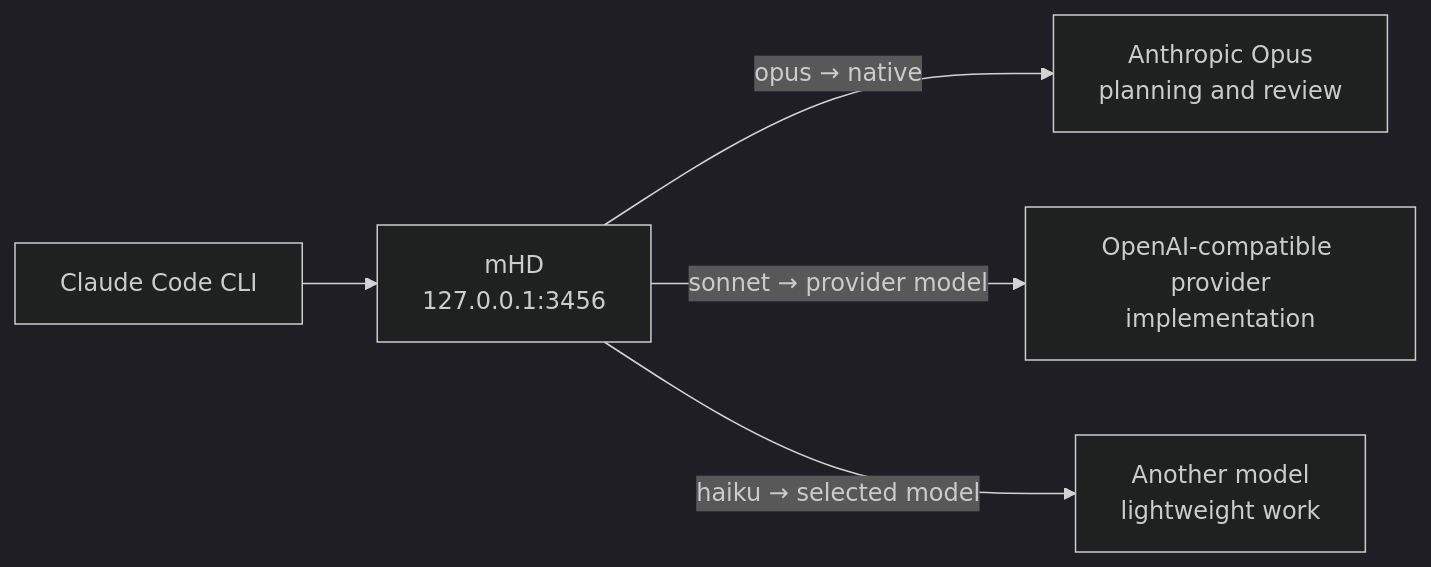
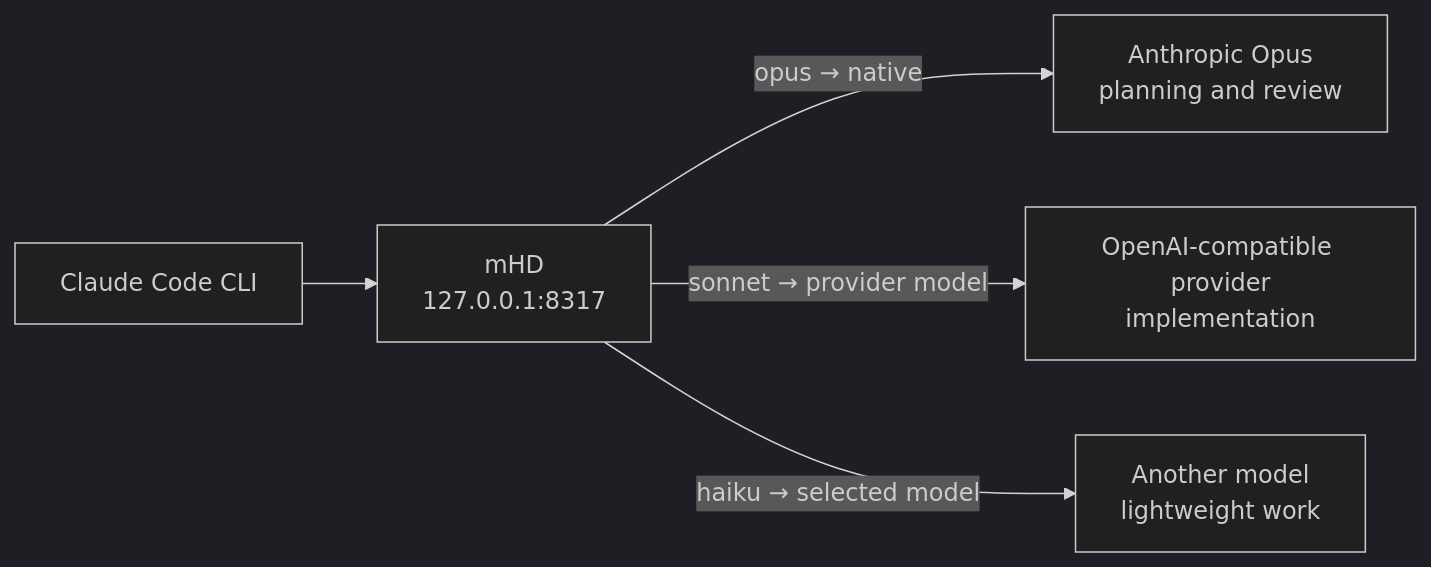
One commit to ArthurkaX/mhd changed the first of 2 diagrams in README.md. Above: the diagram before and after it, drawn with Mermaid (dark theme). The commit also changed other lines of this file and 12 other files, not shown here.

````diff
--- a/README.md
+++ b/README.md
@@ -90,13 +90,13 @@
 ```mermaid
 flowchart LR
     CLI["Claude Code CLI"]
-    Proxy["mHD<br/>127.0.0.1:3456"]
+    Proxy["mHD<br/>127.0.0.1:8317"]
     Opus["Anthropic Opus<br/>planning and review"]
     Provider["OpenAI-compatible provider<br/>implementation"]
     Small["Another model<br/>lightweight work"]
 
     CLI --> Proxy
     Proxy -->|"opus → native"| Opus
     Proxy -->|"sonnet → provider model"| Provider
     Proxy -->|"haiku → selected model"| Small
 ```
````
